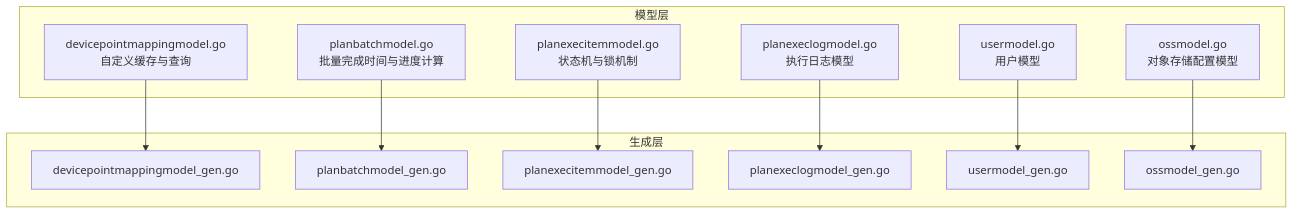
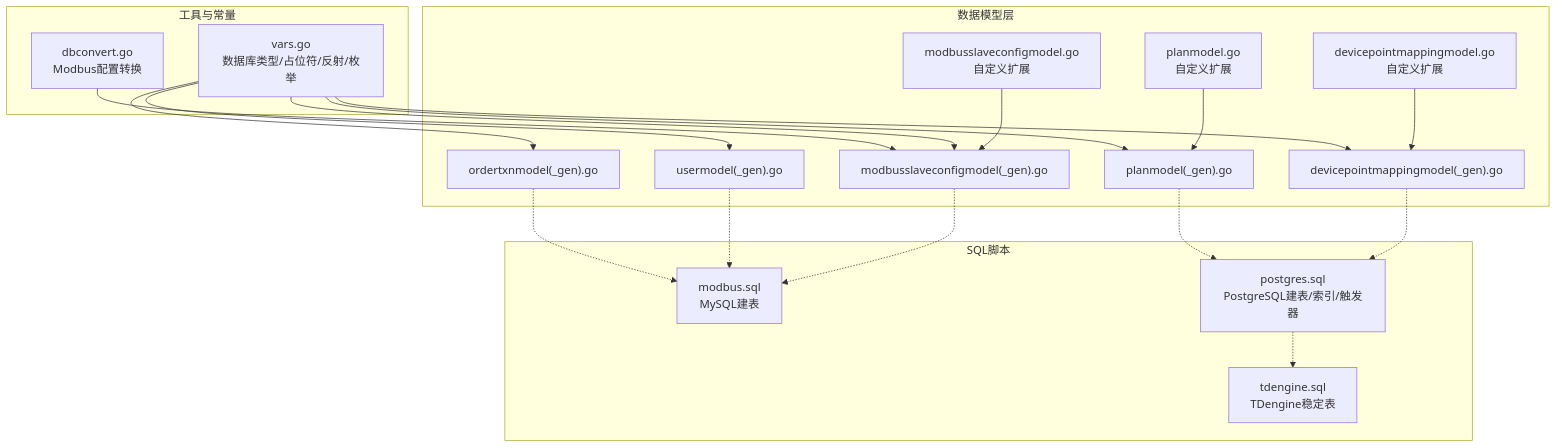
Before and after one commit to maomao94/zero-service: the first of 7 diagrams in .qoder/repowiki/zh/content/数据模型设计/数据模型设计.md, drawn with Mermaid. The commit also changed other lines of this file and 362 other files, not shown here.

````diff
--- a/.qoder/repowiki/zh/content/数据模型设计/数据模型设计.md
+++ b/.qoder/repowiki/zh/content/数据模型设计/数据模型设计.md
@@ -49,25 +44,37 @@
 ```mermaid
 graph TB
-subgraph "模型层"
-A["devicepointmappingmodel.go<br/>自定义缓存与查询"]
-B["planbatchmodel.go<br/>批量完成时间与进度计算"]
-C["planexecitemmodel.go<br/>状态机与锁机制"]
-D["planexeclogmodel.go<br/>执行日志模型"]
-E["usermodel.go<br/>用户模型"]
-F["ossmodel.go<br/>对象存储配置模型"]
+subgraph "数据模型层"
+A["modbusslaveconfigmodel(_gen).go"]
+B["devicepointmappingmodel(_gen).go"]
+C["usermodel(_gen).go"]
+D["ordertxnmodel(_gen).go"]
+E["planmodel(_gen).go"]
+F["modbusslaveconfigmodel.go<br/>自定义扩展"]
+G["devicepointmappingmodel.go<br/>自定义扩展"]
+H["planmodel.go<br/>自定义扩展"]
 end
-subgraph "生成层"
-A1["devicepointmappingmodel_gen.go"]
-B1["planbatchmodel_gen.go"]
-C1["planexecitemmodel_gen.go"]
-D1["planexeclogmodel_gen.go"]
-E1["usermodel_gen.go"]
-F1["ossmodel_gen.go"]
+subgraph "工具与常量"
+I["vars.go<br/>数据库类型/占位符/反射/枚举"]
+J["dbconvert.go<br/>Modbus配置转换"]
 end
-A --> A1
-B --> B1
-C --> C1
-D --> D1
-E --> E1
-F --> F1
+subgraph "SQL脚本"
+K["modbus.sql<br/>MySQL建表"]
+L["postgres.sql<br/>PostgreSQL建表/索引/触发器"]
+M["tdengine.sql<br/>TDengine稳定表"]
+end
+F --> A
+G --> B
+H --> E
+A -.-> K
+B -.-> L
+E -.-> L
+C -.-> K
+D -.-> K
+I --> A
+I --> B
+I --> C
+I --> D
+I --> E
+J --> A
+L -.-> M
 ```
````
